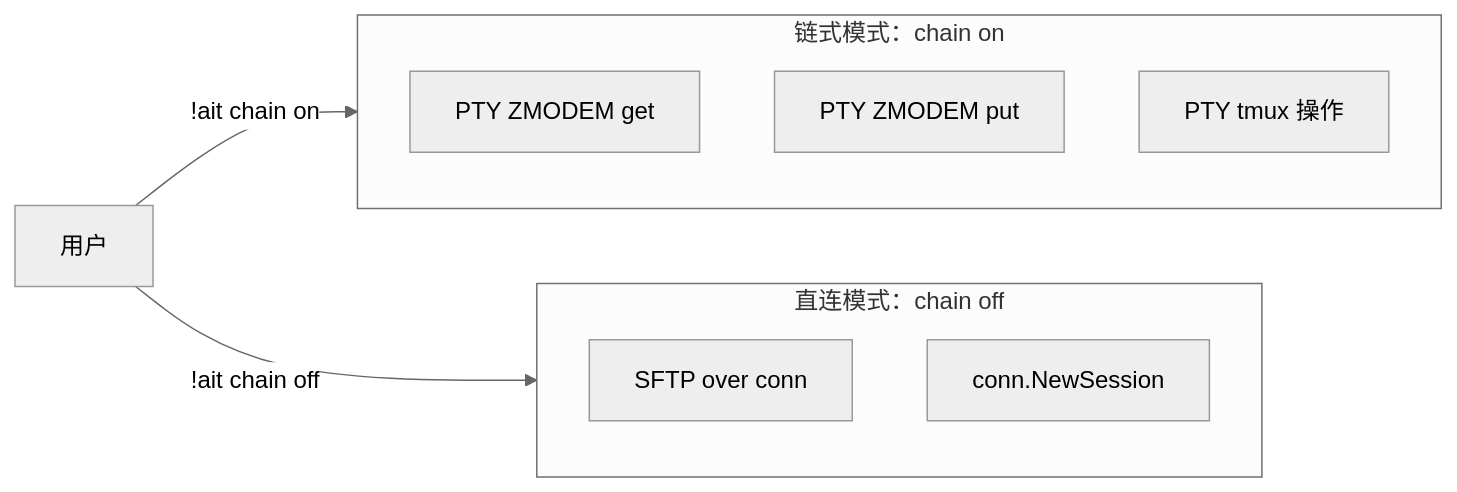
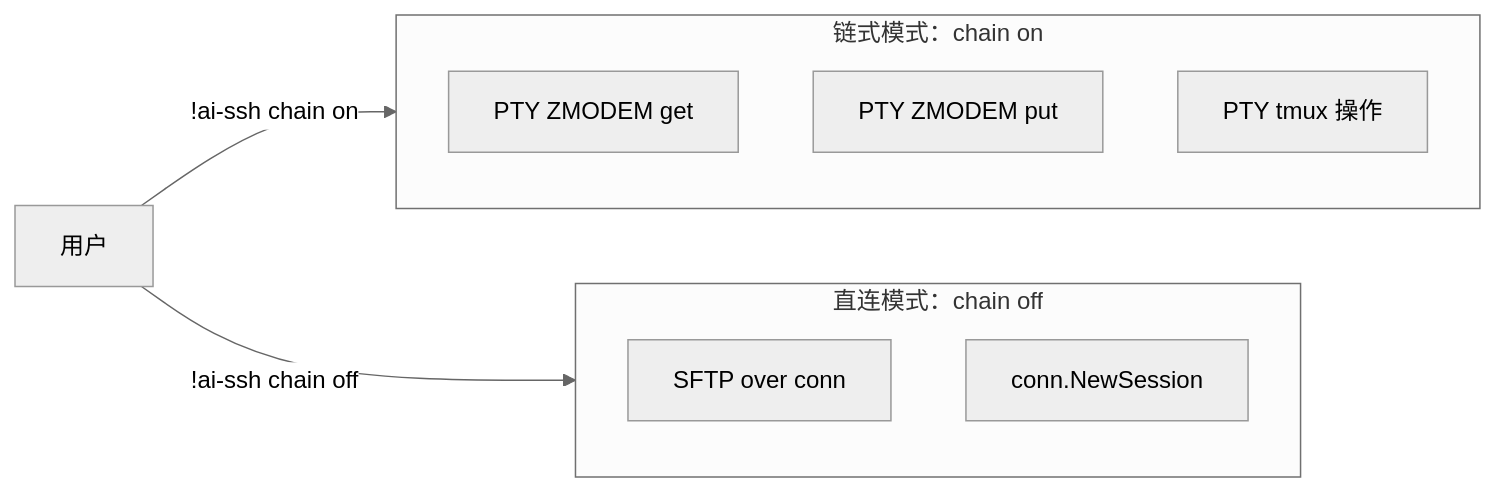
Before and after one commit to os-artificer/AiT: the eighth of 8 diagrams in docs/design.zh-CN.md, drawn with Mermaid (neutral theme). The commit also changed other lines of this file and 519 other files, not shown here.

Commit message:
feat(cli): rename ait CLI to ai-ssh toolbox tool

````diff
--- a/docs/design.zh-CN.md
+++ b/docs/design.zh-CN.md
@@ -521,14 +521,14 @@
 ```mermaid
 flowchart LR
   subgraph direct [直连模式：chain off]
     SFTP[SFTP over conn]
     Session[conn.NewSession]
   end
   subgraph chain [链式模式：chain on]
     PTYGet[PTY ZMODEM get]
     PTYPut[PTY ZMODEM put]
     PTYTmux[PTY tmux 操作]
   end
-  User[用户] -->|!ait chain on| chain
-  User -->|!ait chain off| direct
+  User[用户] -->|!ai-ssh chain on| chain
+  User -->|!ai-ssh chain off| direct
 ```
````
